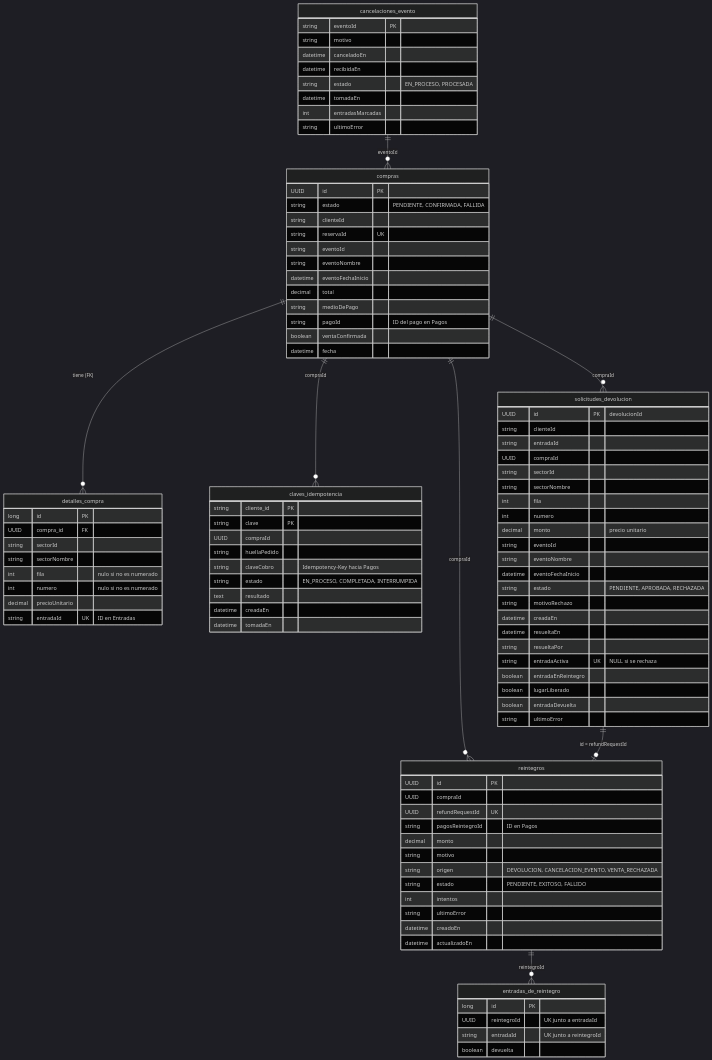
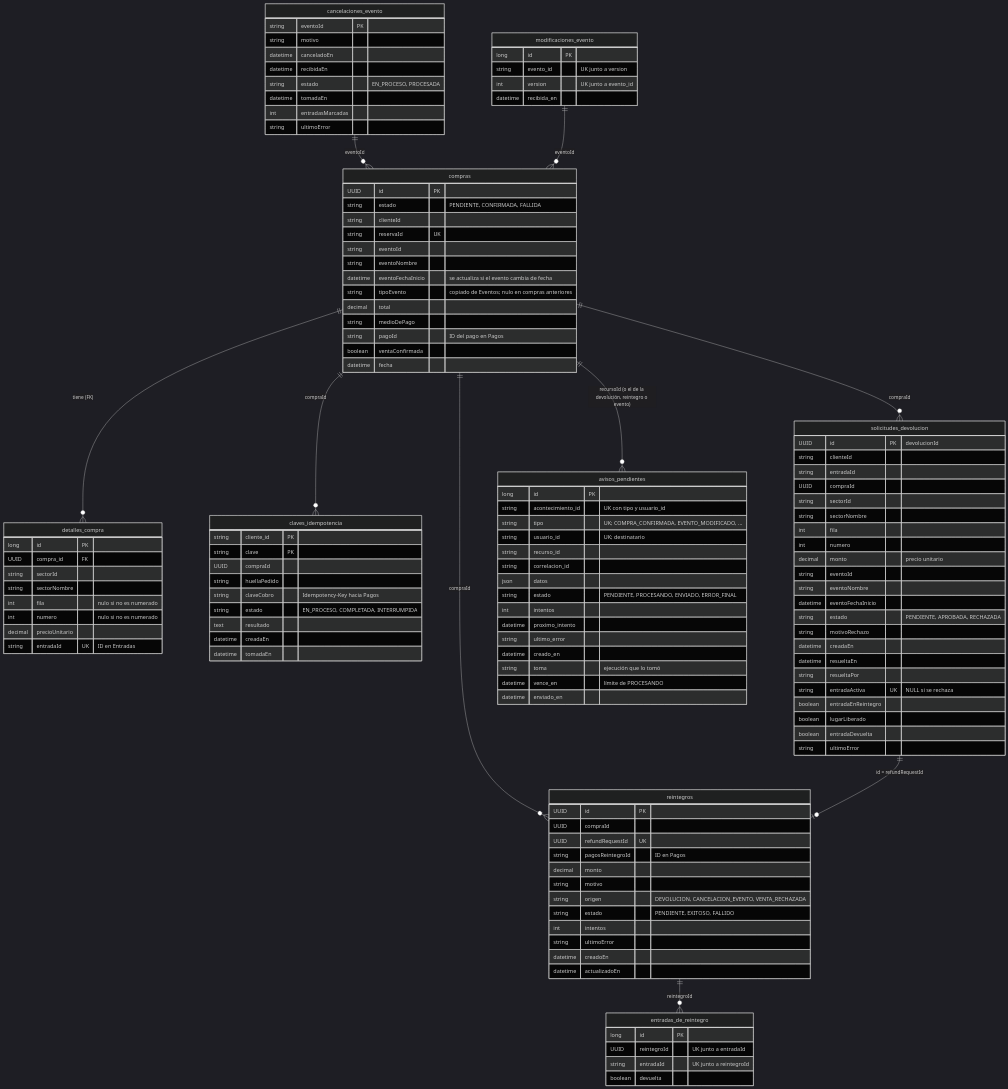
The diagram in docs/diagramas-ms3/er-ms3.mmd (mailenramos/Trabajo-Practico-Especial), drawn with Mermaid (dark theme) before and after one commit. The commit also changed 90 other files, not shown here.

Commit message:
Compras: token de servicio, co-compras, historial, outbox de avisos, eventos modificados e identidad por roles

```diff
--- a/docs/diagramas-ms3/er-ms3.mmd
+++ b/docs/diagramas-ms3/er-ms3.mmd
@@ -1,98 +1,124 @@
 erDiagram
     compras ||--o{ detalles_compra : "tiene (FK)"
     compras ||--o{ claves_idempotencia : "compraId"
     compras ||--o{ solicitudes_devolucion : "compraId"
     compras ||--o{ reintegros : "compraId"
     solicitudes_devolucion ||--o| reintegros : "id = refundRequestId"
     reintegros ||--o{ entradas_de_reintegro : "reintegroId"
     cancelaciones_evento ||--o{ compras : "eventoId"
+    modificaciones_evento ||--o{ compras : "eventoId"
+    compras ||--o{ avisos_pendientes : "recursoId (o el de la devolución, reintegro o evento)"
 
     compras {
         UUID id PK
         string estado "PENDIENTE, CONFIRMADA, FALLIDA"
         string clienteId
         string reservaId UK
         string eventoId
         string eventoNombre
-        datetime eventoFechaInicio
+        datetime eventoFechaInicio "se actualiza si el evento cambia de fecha"
+        string tipoEvento "copiado de Eventos; nulo en compras anteriores"
         decimal total
         string medioDePago
         string pagoId "ID del pago en Pagos"
         boolean ventaConfirmada
         datetime fecha
     }
     detalles_compra {
         long id PK
         UUID compra_id FK
         string sectorId
         string sectorNombre
         int fila "nulo si no es numerado"
         int numero "nulo si no es numerado"
         decimal precioUnitario
         string entradaId UK "ID en Entradas"
     }
     claves_idempotencia {
         string cliente_id PK
         string clave PK
         UUID compraId
         string huellaPedido
         string claveCobro "Idempotency-Key hacia Pagos"
         string estado "EN_PROCESO, COMPLETADA, INTERRUMPIDA"
         text resultado
         datetime creadaEn
         datetime tomadaEn
     }
     solicitudes_devolucion {
         UUID id PK "devolucionId"
         string clienteId
         string entradaId
         UUID compraId
         string sectorId
         string sectorNombre
         int fila
         int numero
         decimal monto "precio unitario"
         string eventoId
         string eventoNombre
         datetime eventoFechaInicio
         string estado "PENDIENTE, APROBADA, RECHAZADA"
         string motivoRechazo
         datetime creadaEn
         datetime resueltaEn
         string resueltaPor
         string entradaActiva UK "NULL si se rechaza"
         boolean entradaEnReintegro
         boolean lugarLiberado
         boolean entradaDevuelta
         string ultimoError
     }
     reintegros {
         UUID id PK
         UUID compraId
         UUID refundRequestId UK
         string pagosReintegroId "ID en Pagos"
         decimal monto
         string motivo
         string origen "DEVOLUCION, CANCELACION_EVENTO, VENTA_RECHAZADA"
         string estado "PENDIENTE, EXITOSO, FALLIDO"
         int intentos
         string ultimoError
         datetime creadoEn
         datetime actualizadoEn
     }
     entradas_de_reintegro {
         long id PK
         UUID reintegroId "UK junto a entradaId"
         string entradaId "UK junto a reintegroId"
         boolean devuelta
     }
     cancelaciones_evento {
         string eventoId PK
         string motivo
         datetime canceladoEn
         datetime recibidaEn
         string estado "EN_PROCESO, PROCESADA"
         datetime tomadaEn
         int entradasMarcadas
         string ultimoError
     }
+    modificaciones_evento {
+        long id PK
+        string evento_id "UK junto a version"
+        int version "UK junto a evento_id"
+        datetime recibida_en
+    }
+    avisos_pendientes {
+        long id PK
+        string acontecimiento_id "UK con tipo y usuario_id"
+        string tipo "UK; COMPRA_CONFIRMADA, EVENTO_MODIFICADO, ..."
+        string usuario_id "UK; destinatario"
+        string recurso_id
+        string correlacion_id
+        json datos
+        string estado "PENDIENTE, PROCESANDO, ENVIADO, ERROR_FINAL"
+        int intentos
+        datetime proximo_intento
+        string ultimo_error
+        datetime creado_en
+        string toma "ejecución que lo tomó"
+        datetime vence_en "límite de PROCESANDO"
+        datetime enviado_en
+    }
```
